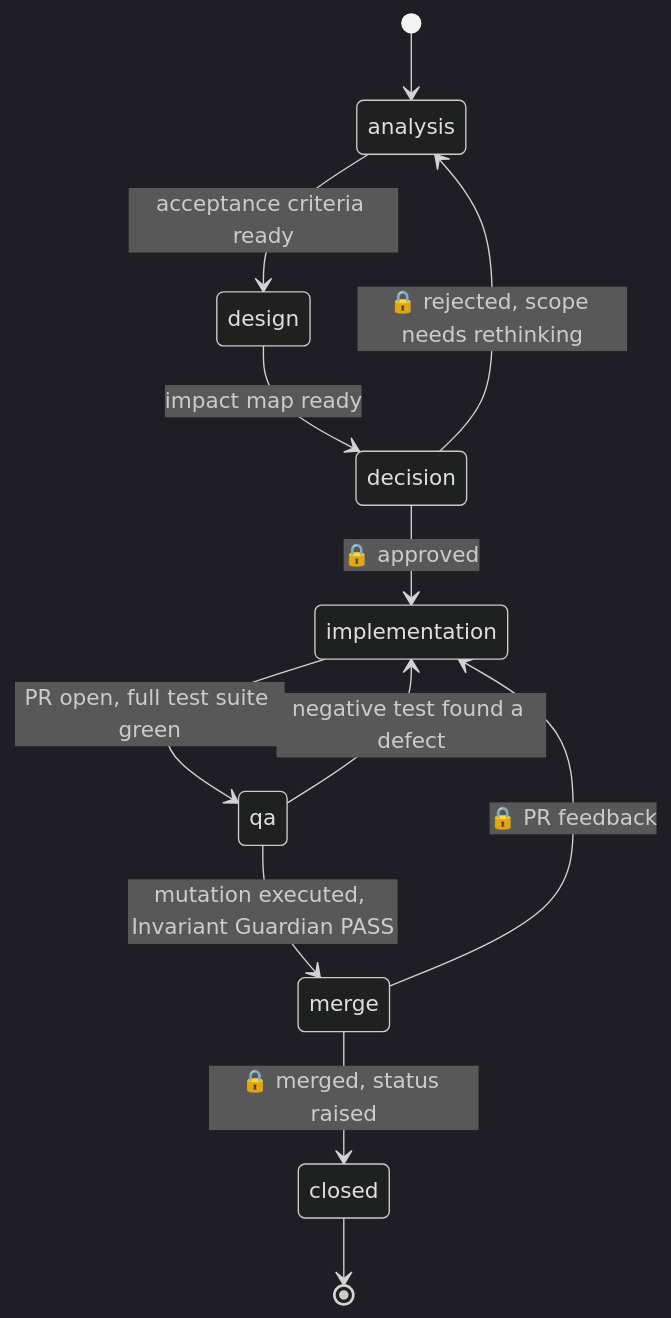
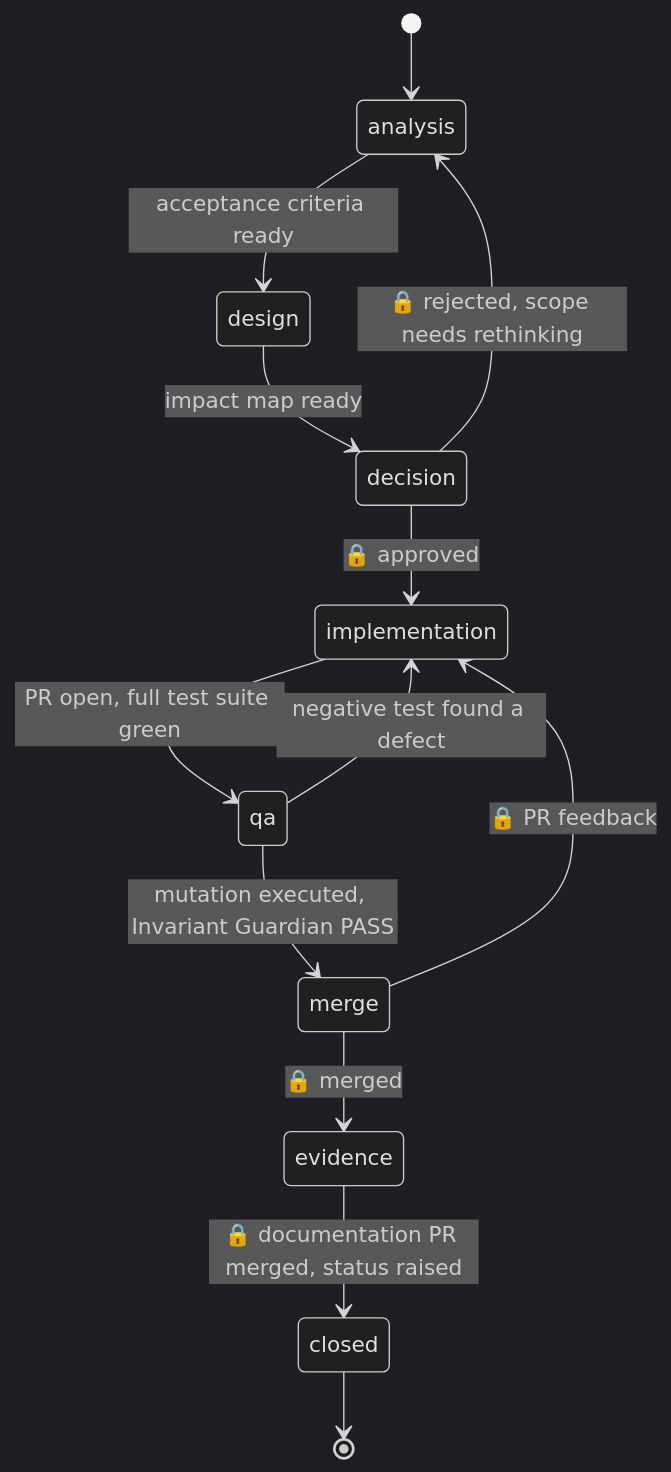
The diagram in process/sdlc-flow.md (TanerCRB/StafffingCalculator), drawn with Mermaid (dark theme) before and after one commit. The commit also changed other lines of this file and 27 other files, not shown here.

````diff
--- a/process/sdlc-flow.md
+++ b/process/sdlc-flow.md
@@ -13,14 +13,15 @@
 ```mermaid
 stateDiagram-v2
     [*] --> analysis
     analysis --> design : acceptance criteria ready
     design --> decision : impact map ready
     decision --> implementation : 🔒 approved
     decision --> analysis : 🔒 rejected, scope needs rethinking
     implementation --> qa : PR open, full test suite green
     qa --> implementation : negative test found a defect
     qa --> merge : mutation executed, Invariant Guardian PASS
     merge --> implementation : 🔒 PR feedback
-    merge --> closed : 🔒 merged, status raised
+    merge --> evidence : 🔒 merged
+    evidence --> closed : 🔒 documentation PR merged, status raised
     closed --> [*]
 ```
````
